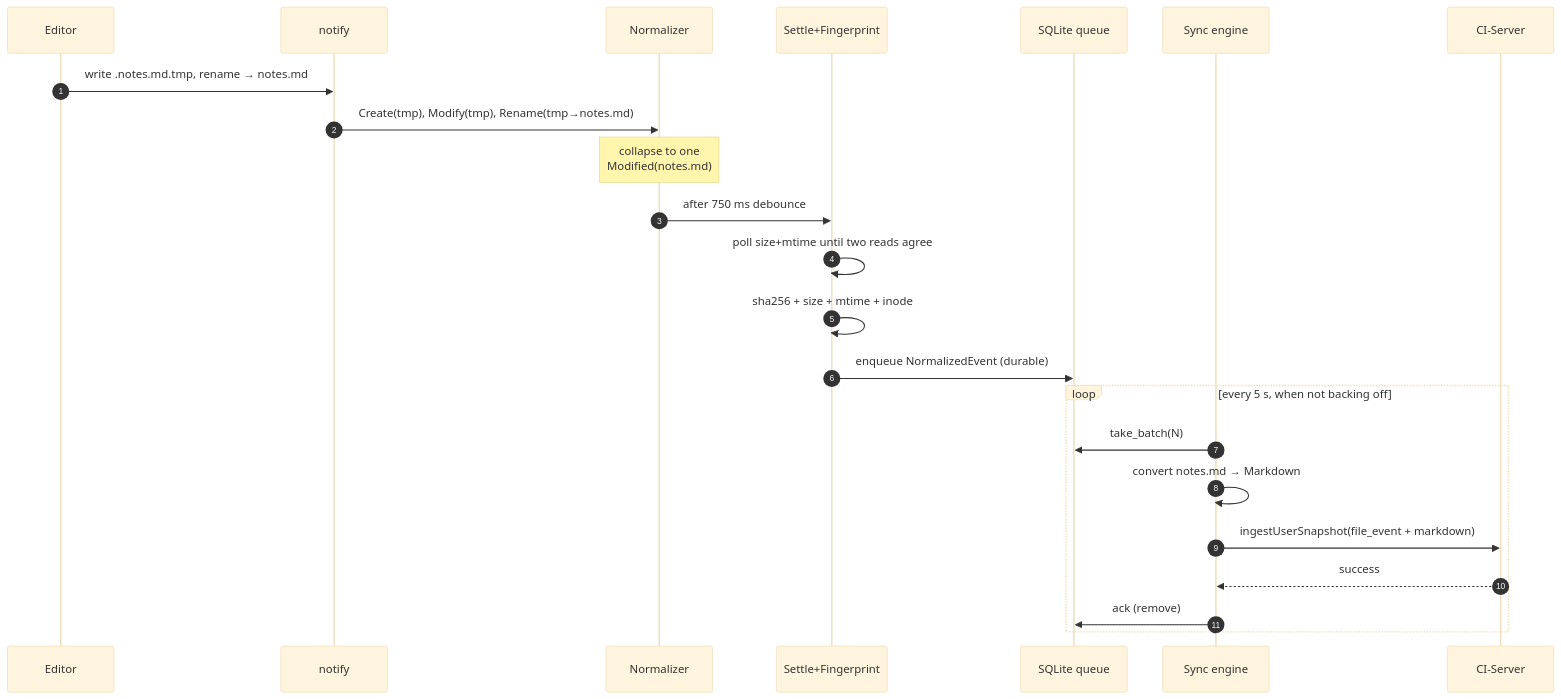
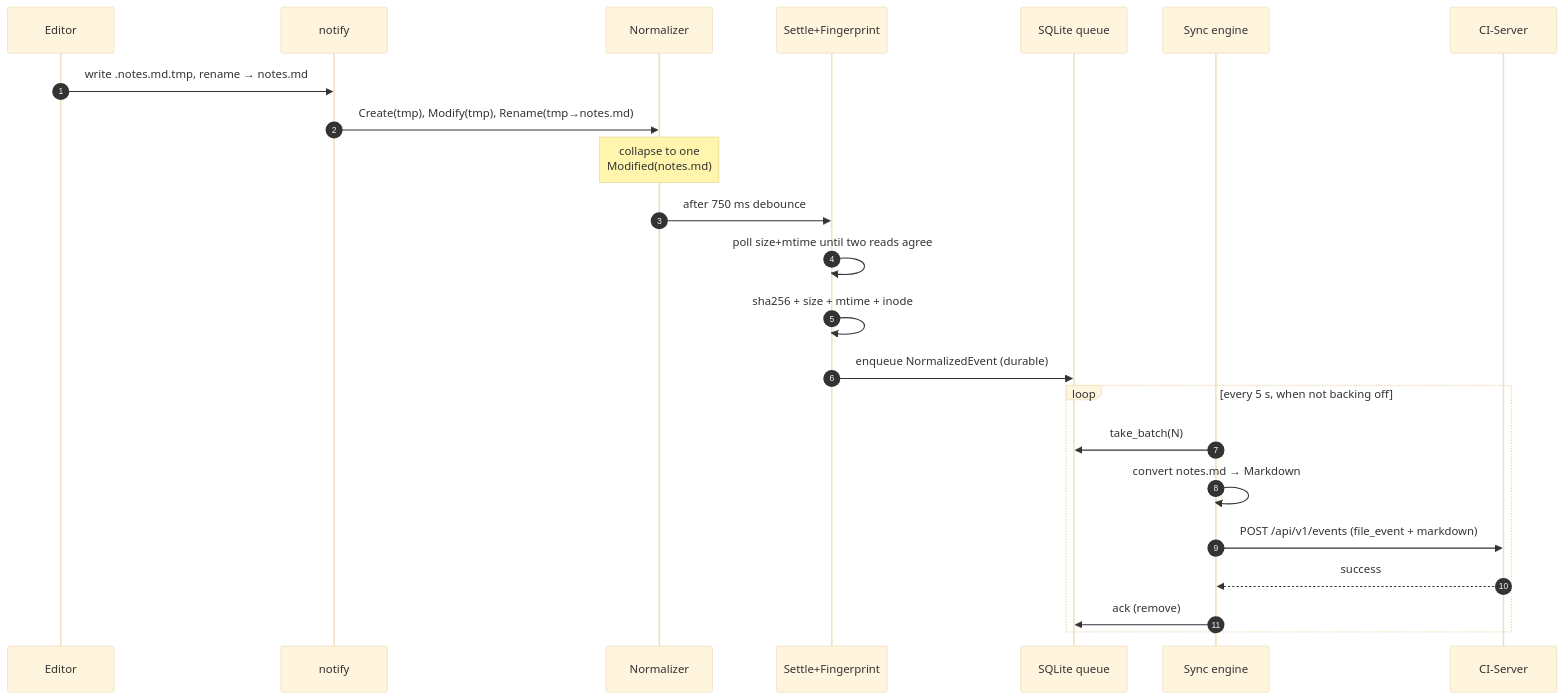
Before and after one commit to companionintelligence/CI-Capture: the third of 6 diagrams in docs/architecture.md, drawn with Mermaid (base theme). The commit also changed other lines of this file and 22 other files, not shown here.

````diff
--- a/docs/architecture.md
+++ b/docs/architecture.md
@@ -101,26 +101,26 @@
 ```mermaid
 sequenceDiagram
     autonumber
     participant Ed as Editor
     participant Nf as notify
     participant Nm as Normalizer
     participant St as Settle+Fingerprint
     participant Q as SQLite queue
     participant Sy as Sync engine
     participant CI as CI-Server
 
     Ed->>Nf: write .notes.md.tmp, rename → notes.md
     Nf->>Nm: Create(tmp), Modify(tmp), Rename(tmp→notes.md)
     Note over Nm: collapse to one<br/>Modified(notes.md)
     Nm->>St: after 750 ms debounce
     St->>St: poll size+mtime until two reads agree
     St->>St: sha256 + size + mtime + inode
     St->>Q: enqueue NormalizedEvent (durable)
     loop every 5 s, when not backing off
         Sy->>Q: take_batch(N)
         Sy->>Sy: convert notes.md → Markdown
-        Sy->>CI: ingestUserSnapshot(file_event + markdown)
+        Sy->>CI: POST /api/v1/events (file_event + markdown)
         CI-->>Sy: success
         Sy->>Q: ack (remove)
     end
 ```
````
